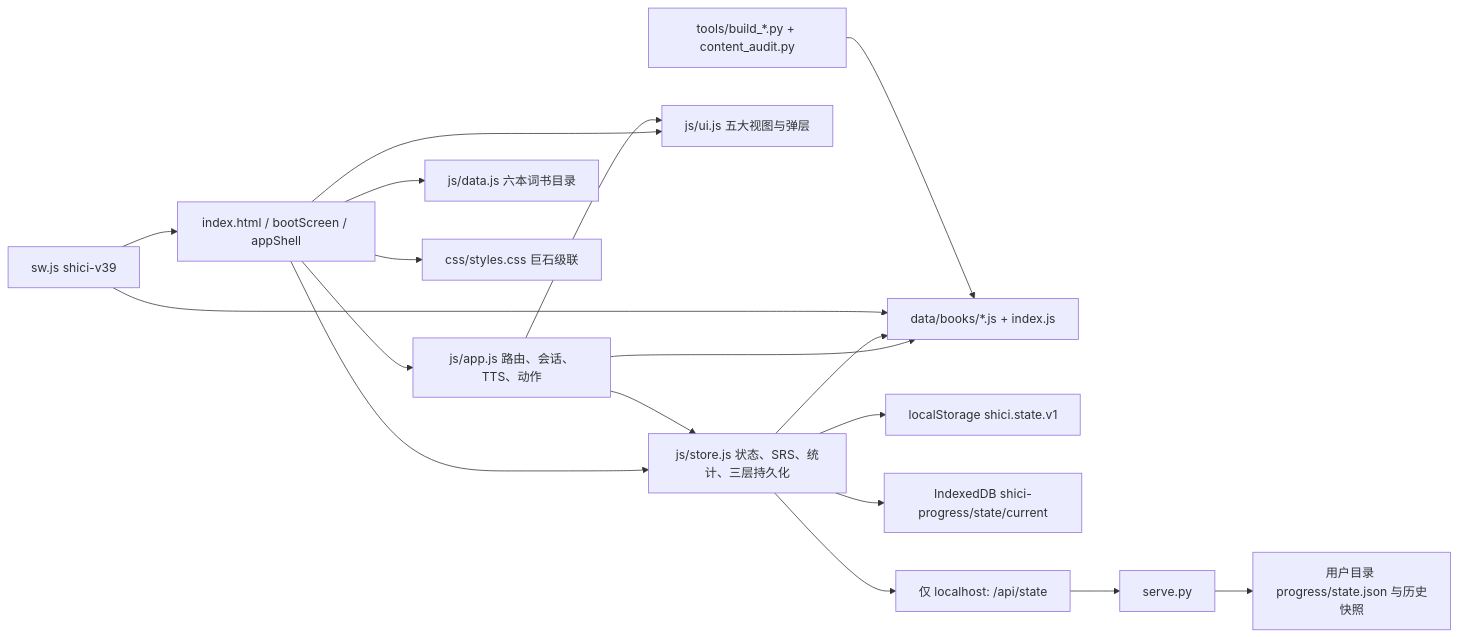
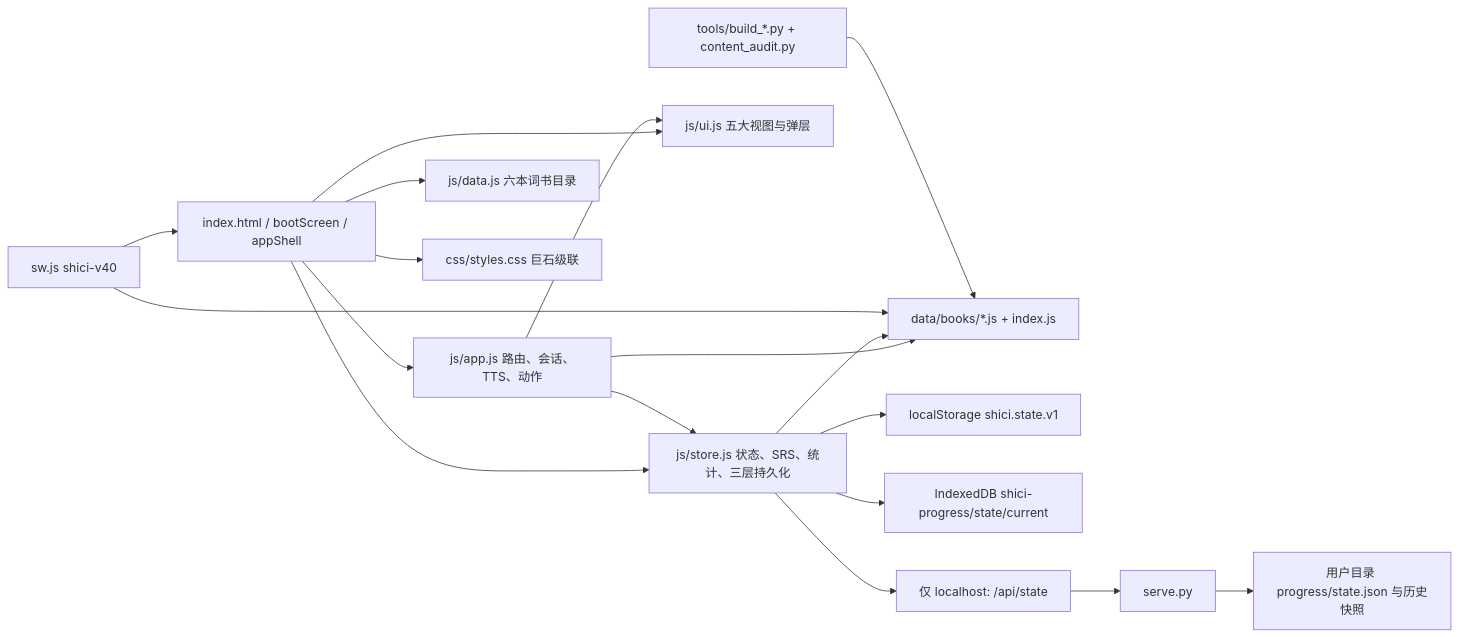
One commit to weijialiang2023/shici changed the first of 7 diagrams in docs/system_design.md. Above: the diagram before and after it, drawn with Mermaid. The commit also changed other lines of this file and 12 other files, not shown here.

````diff
--- a/docs/system_design.md
+++ b/docs/system_design.md
@@ -11,20 +11,20 @@
 ```mermaid
 flowchart LR
     H[index.html / bootScreen / appShell] --> A[js/app.js 路由、会话、TTS、动作]
     H --> S[js/store.js 状态、SRS、统计、三层持久化]
     H --> U[js/ui.js 五大视图与弹层]
     H --> D[js/data.js 六本词书目录]
     H --> CSS[css/styles.css 巨石级联]
     A --> S
     A --> U
     A --> B[data/books/*.js + index.js]
     S --> B
     S --> L[localStorage shici.state.v1]
     S --> I[IndexedDB shici-progress/state/current]
     S --> API[仅 localhost: /api/state]
     API --> PY[serve.py]
     PY --> P[用户目录 progress/state.json 与历史快照]
-    SW[sw.js shici-v39] --> H
+    SW[sw.js shici-v40] --> H
     SW --> B
     ETL[tools/build_*.py + content_audit.py] --> B
 ```
````
